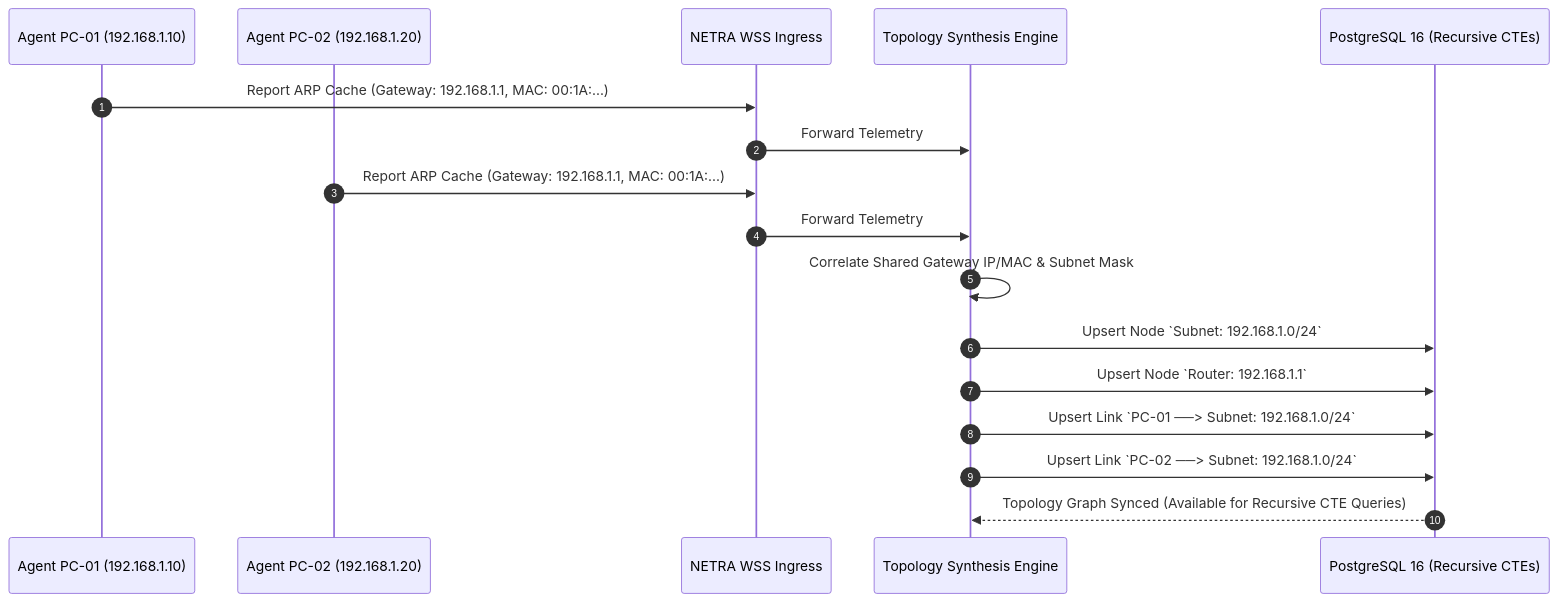
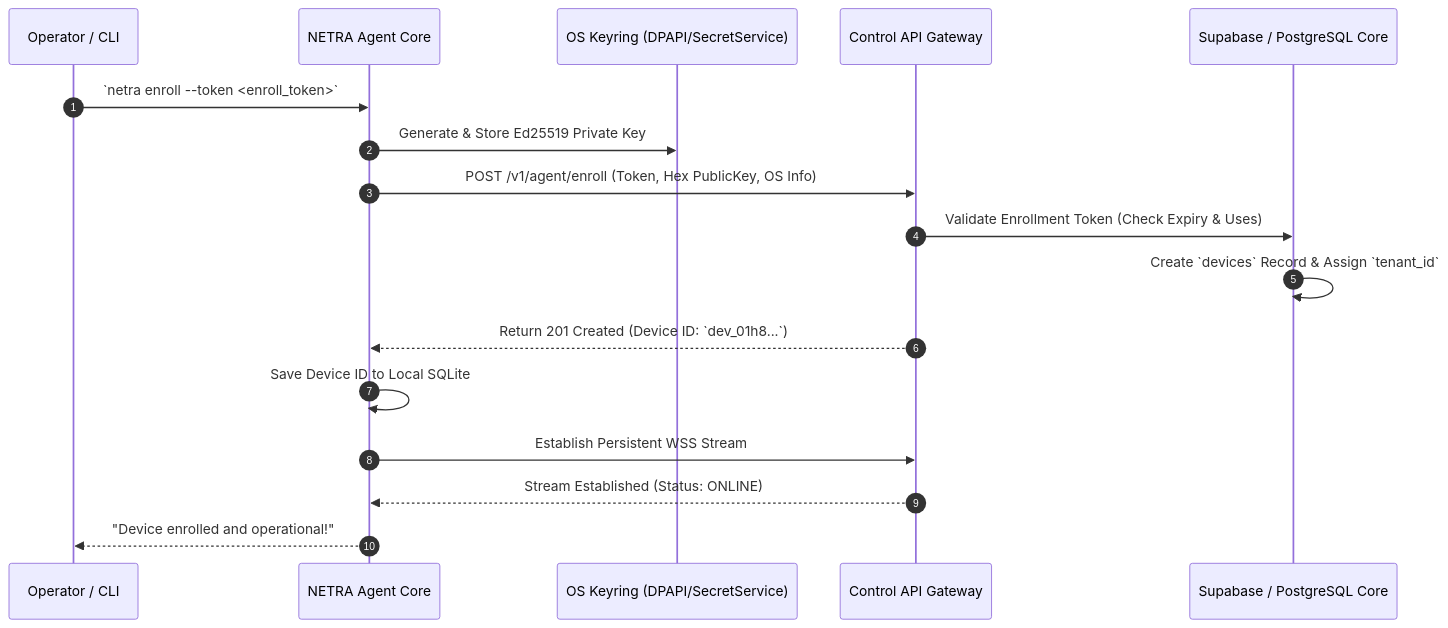
Before and after one commit to Subhadip-Paul2006/NETRA-Backend: diagram 12 of 13 in docs/SYSTEM_DESIGN.md, drawn with Mermaid. The commit also changed other lines of this file and 15 other files, not shown here.

Commit message:
docs: establish authoritative open-source academic architecture & technical specification suite

````diff
--- a/docs/SYSTEM_DESIGN.md
+++ b/docs/SYSTEM_DESIGN.md
@@ -196,21 +395,20 @@
 ```mermaid
 sequenceDiagram
     autonumber
-    participant AgentA as Agent PC-01 (192.168.1.10)
-    participant AgentB as Agent PC-02 (192.168.1.20)
-    participant Gateway as NETRA WSS Ingress
-    participant TopEngine as Topology Synthesis Engine
-    participant DB as PostgreSQL 16 (Recursive CTEs)
+    participant CLI as Operator / CLI
+    participant Agent as NETRA Agent Core
+    participant Keyring as OS Keyring (DPAPI/SecretService)
+    participant Gateway as Control API Gateway
+    participant Supabase as Supabase / PostgreSQL Core
 
-    AgentA->>Gateway: Report ARP Cache (Gateway: 192.168.1.1, MAC: 00:1A:...)
-    Gateway->>TopEngine: Forward Telemetry
-    AgentB->>Gateway: Report ARP Cache (Gateway: 192.168.1.1, MAC: 00:1A:...)
-    Gateway->>TopEngine: Forward Telemetry
-
-    TopEngine->>TopEngine: Correlate Shared Gateway IP/MAC & Subnet Mask
-    TopEngine->>DB: Upsert Node `Subnet: 192.168.1.0/24`
-    TopEngine->>DB: Upsert Node `Router: 192.168.1.1`
-    TopEngine->>DB: Upsert Link `PC-01 ──> Subnet: 192.168.1.0/24`
-    TopEngine->>DB: Upsert Link `PC-02 ──> Subnet: 192.168.1.0/24`
-    DB-->>TopEngine: Topology Graph Synced (Available for Recursive CTE Queries)
+    CLI->>Agent: `netra enroll --token <enroll_token>`
+    Agent->>Keyring: Generate & Store Ed25519 Private Key
+    Agent->>Gateway: POST /v1/agent/enroll (Token, Hex PublicKey, OS Info)
+    Gateway->>Supabase: Validate Enrollment Token (Check Expiry & Uses)
+    Supabase->>Supabase: Create `devices` Record & Assign `tenant_id`
+    Gateway-->>Agent: Return 201 Created (Device ID: `dev_01h8...`)
+    Agent->>Agent: Save Device ID to Local SQLite
+    Agent->>Gateway: Establish Persistent WSS Stream
+    Gateway-->>Agent: Stream Established (Status: ONLINE)
+    Agent-->>CLI: "Device enrolled and operational!"
 ```
````
